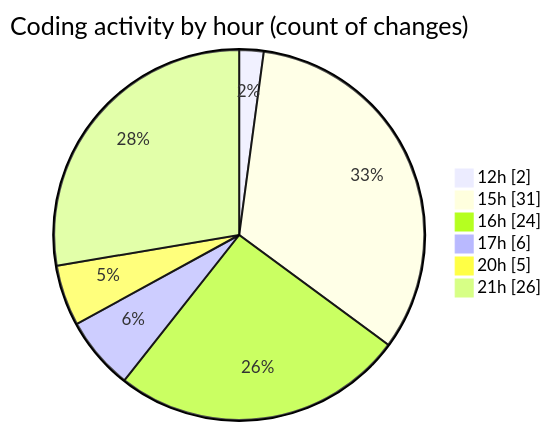
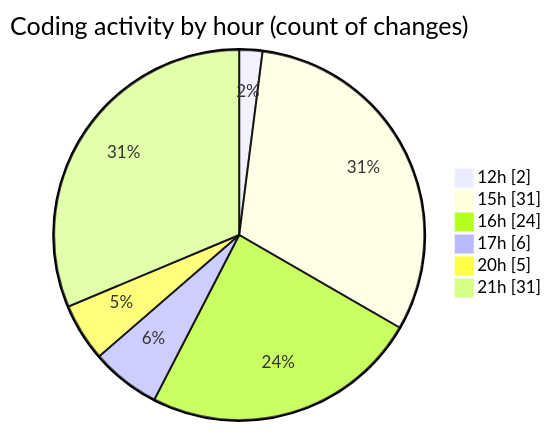
The second of 2 diagrams in 2025-02-26/cda/README.md (momahboobian/code-tracking), drawn with Mermaid before and after one commit. The commit also changed other lines of this file and 1 other file, not shown here.

````diff
--- a/2025-02-26/cda/README.md
+++ b/2025-02-26/cda/README.md
@@ -46,10 +48,10 @@
 ```mermaid
 pie showData
 title Coding activity by hour (count of changes)
 "12h" : 2
 "15h" : 31
 "16h" : 24
 "17h" : 6
 "20h" : 5
-"21h" : 26
+"21h" : 31
 ```
````
